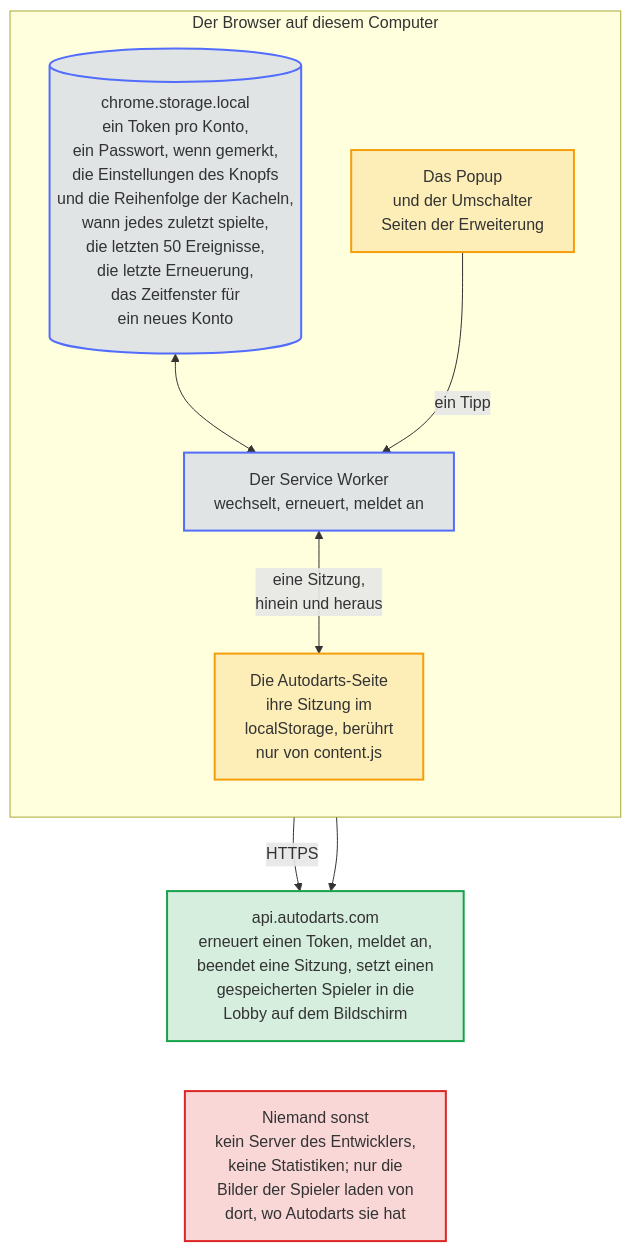
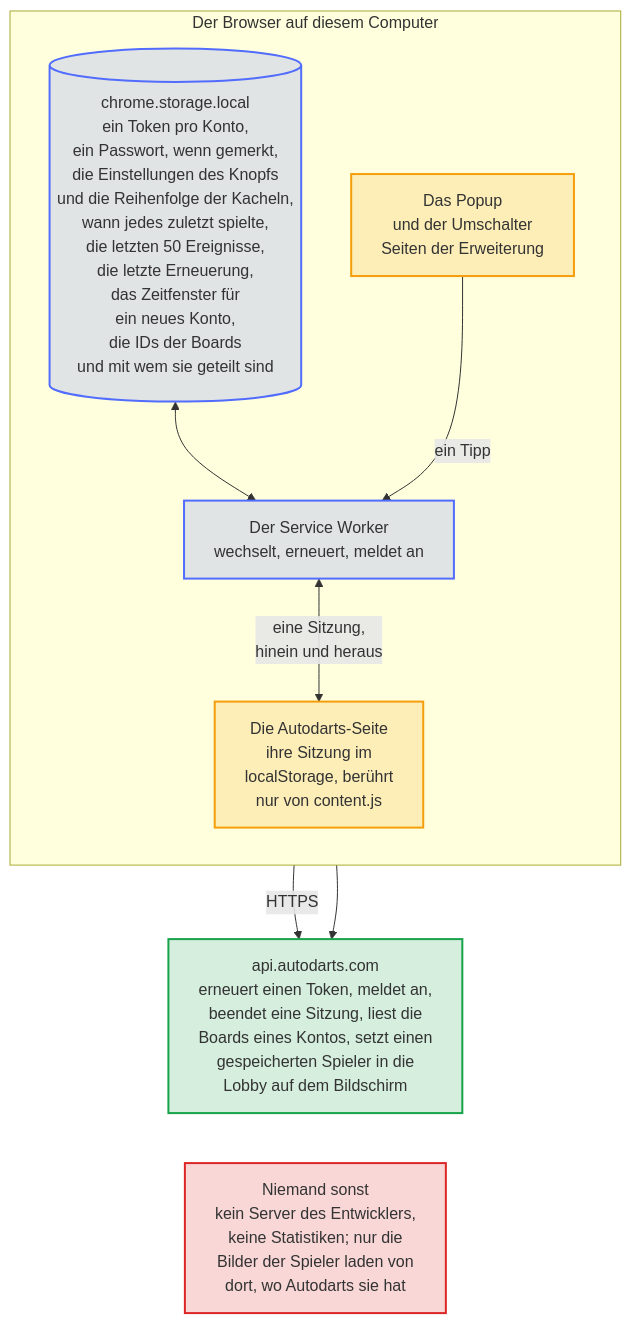
Before and after one commit to Dennis-Otto/player-switch-for-autodarts: the diagram in docs/diagrams/data-flow.de.mmd, drawn with Mermaid. The commit also changed 63 other files, not shown here.

```diff
--- a/docs/diagrams/data-flow.de.mmd
+++ b/docs/diagrams/data-flow.de.mmd
@@ -1,34 +1,34 @@
 ---
 config:
   flowchart:
     wrappingWidth: 400
 ---
 flowchart TB
     accTitle: Wohin die Daten gehen
-    accDescr: Alles bleibt im Browser auf diesem Computer. Das Popup und der Umschalter fragen den Service Worker, der in chrome.storage.local einen Token pro Konto behält, ein Passwort nur, wenn eines gemerkt ist, die Einstellungen des Knopfs und die Reihenfolge der Kacheln, wann jedes Konto zuletzt gespielt hat, die letzten 50 Ereignisse der Erweiterung ohne einen Namen oder ein Geheimnis, die Zeit der letzten Erneuerung, ob Autodarts dabei jedes Konto abgewiesen hat, und bis wann ein neues Konto hinzugefügt wird. Er bringt eine Sitzung in die Autodarts-Seite und liest die ausgehende nur über content.js aus ihr, das einzige Skript, das die Sitzung im localStorage der Seite liest oder schreibt. Um einen Token zu erneuern, mit einem Passwort anzumelden, eine Sitzung zu beenden oder einen gespeicherten Spieler in die Lobby auf dem Bildschirm zu setzen, mit einem frischen Token, dem Benutzernamen und der Konto-ID dieses Spielers, spricht er über HTTPS mit api.autodarts.com, demselben Dienst, den die Autodarts-Seite selbst nutzt. Das Popup und der Umschalter zeigen das Bild jedes Spielers von der Adresse, die Autodarts dafür angibt. Sonst geht nichts irgendwohin: kein Server des Entwicklers, keine Statistiken; Hilfe und Problem melden öffnen nur eine Seite in einem neuen Tab.
+    accDescr: Alles bleibt im Browser auf diesem Computer. Das Popup und der Umschalter fragen den Service Worker, der in chrome.storage.local einen Token pro Konto behält, ein Passwort nur, wenn eines gemerkt ist, die Einstellungen des Knopfs und die Reihenfolge der Kacheln, wann jedes Konto zuletzt gespielt hat, die letzten 50 Ereignisse der Erweiterung ohne einen Namen oder ein Geheimnis, die Zeit der letzten Erneuerung, ob Autodarts dabei jedes Konto abgewiesen hat, bis wann ein neues Konto hinzugefügt wird, und die IDs der Boards, die jedes Konto sieht, und der Konten, mit denen sie geteilt sind, nie ihre Namen. Er bringt eine Sitzung in die Autodarts-Seite und liest die ausgehende nur über content.js aus ihr, das einzige Skript, das die Sitzung im localStorage der Seite liest oder schreibt. Um einen Token zu erneuern, mit einem Passwort anzumelden, eine Sitzung zu beenden, die Boards eines Kontos zu lesen oder einen gespeicherten Spieler in die Lobby auf dem Bildschirm zu setzen, mit einem frischen Token, dem Benutzernamen und der Konto-ID dieses Spielers, spricht er über HTTPS mit api.autodarts.com, demselben Dienst, den die Autodarts-Seite selbst nutzt. Das Popup und der Umschalter zeigen das Bild jedes Spielers von der Adresse, die Autodarts dafür angibt. Sonst geht nichts irgendwohin: kein Server des Entwicklers, keine Statistiken; Hilfe und Problem melden öffnen nur eine Seite in einem neuen Tab.
 
     subgraph computer ["Der Browser auf diesem Computer"]
         direction TB
         ui["Das Popup<br>und der Umschalter<br>Seiten der Erweiterung"]
         worker["Der Service Worker<br>wechselt, erneuert, meldet an"]
-        storage[("chrome.storage.local<br>ein Token pro Konto,<br>ein Passwort, wenn gemerkt,<br>die Einstellungen des Knopfs<br>und die Reihenfolge der Kacheln,<br>wann jedes zuletzt spielte,<br>die letzten 50 Ereignisse,<br>die letzte Erneuerung,<br>das Zeitfenster für<br>ein neues Konto")]
+        storage[("chrome.storage.local<br>ein Token pro Konto,<br>ein Passwort, wenn gemerkt,<br>die Einstellungen des Knopfs<br>und die Reihenfolge der Kacheln,<br>wann jedes zuletzt spielte,<br>die letzten 50 Ereignisse,<br>die letzte Erneuerung,<br>das Zeitfenster für<br>ein neues Konto,<br>die IDs der Boards<br>und mit wem sie geteilt sind")]
         page["Die Autodarts-Seite<br>ihre Sitzung im<br>localStorage, berührt<br>nur von content.js"]
         storage <--> worker
         ui -- "ein Tipp" --> worker
         worker <-- "eine Sitzung,<br>hinein und heraus" --> page
     end
-    api["api.autodarts.com<br>erneuert einen Token, meldet an,<br>beendet eine Sitzung, setzt einen<br>gespeicherten Spieler in die<br>Lobby auf dem Bildschirm"]
+    api["api.autodarts.com<br>erneuert einen Token, meldet an,<br>beendet eine Sitzung, liest die<br>Boards eines Kontos, setzt einen<br>gespeicherten Spieler in die<br>Lobby auf dem Bildschirm"]
     nobody["Niemand sonst<br>kein Server des Entwicklers,<br>keine Statistiken; nur die<br>Bilder der Spieler laden von<br>dort, wo Autodarts sie hat"]
 
     worker -- "HTTPS" --> api
     page --> api
     api ~~~ nobody
 
     classDef bot fill:#526cfe2e,stroke:#526cfe,stroke-width:2px
     classDef done fill:#16a34a2e,stroke:#16a34a,stroke-width:2px
     classDef person fill:#f59e0b2e,stroke:#f59e0b,stroke-width:2px
     classDef failed fill:#dc26262e,stroke:#dc2626,stroke-width:2px
     class ui,page person
     class worker,storage bot
     class api done
     class nobody failed
```
